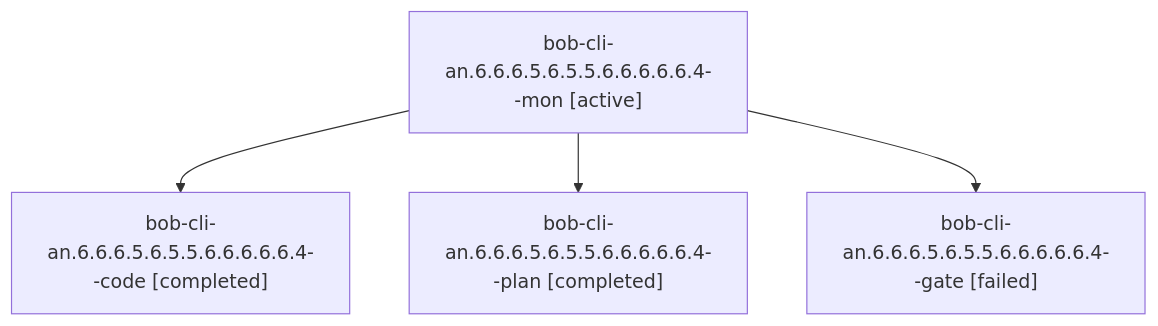
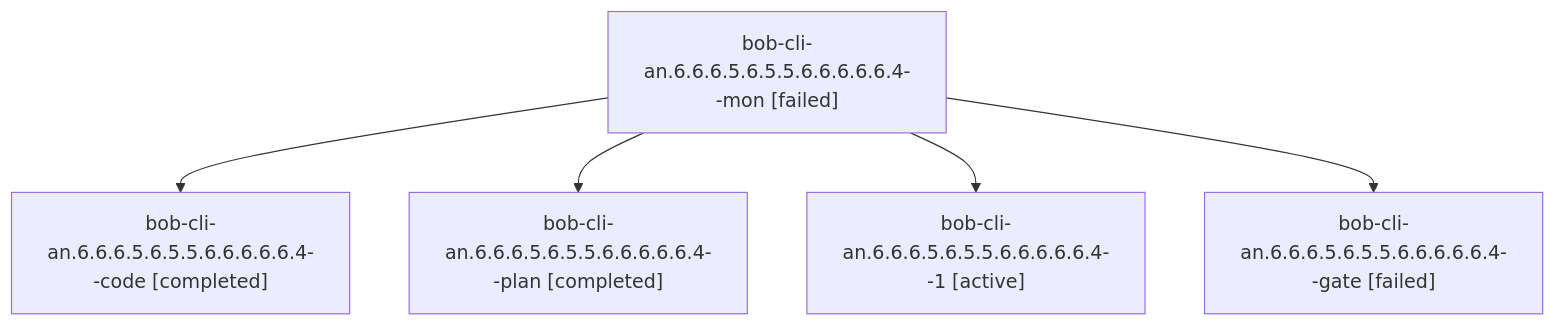
One commit to bobs-org/bob-cli--agents changed the diagram in sessions/bbugyi200.athena.bob-cli-an.6.6.6.5.6.5.5.6.6.6.6.6.4.md. Above: the diagram before and after it, drawn with Mermaid. The commit also changed other lines of this file and 327 other files, not shown here.

````diff
--- a/sessions/bbugyi200.athena.bob-cli-an.6.6.6.5.6.5.5.6.6.6.6.6.4.md
+++ b/sessions/bbugyi200.athena.bob-cli-an.6.6.6.5.6.5.5.6.6.6.6.6.4.md
@@ -9,10 +9,12 @@
 ```mermaid
 flowchart TD
-  n0["bob-cli-an.6.6.6.5.6.5.5.6.6.6.6.6.4--mon [active]"]
+  n0["bob-cli-an.6.6.6.5.6.5.5.6.6.6.6.6.4--mon [failed]"]
   n1["bob-cli-an.6.6.6.5.6.5.5.6.6.6.6.6.4--code [completed]"]
   n0 --> n1
   n2["bob-cli-an.6.6.6.5.6.5.5.6.6.6.6.6.4--plan [completed]"]
   n0 --> n2
-  n3["bob-cli-an.6.6.6.5.6.5.5.6.6.6.6.6.4--gate [failed]"]
+  n3["bob-cli-an.6.6.6.5.6.5.5.6.6.6.6.6.4--1 [active]"]
   n0 --> n3
+  n4["bob-cli-an.6.6.6.5.6.5.5.6.6.6.6.6.4--gate [failed]"]
+  n0 --> n4
 ```
````
